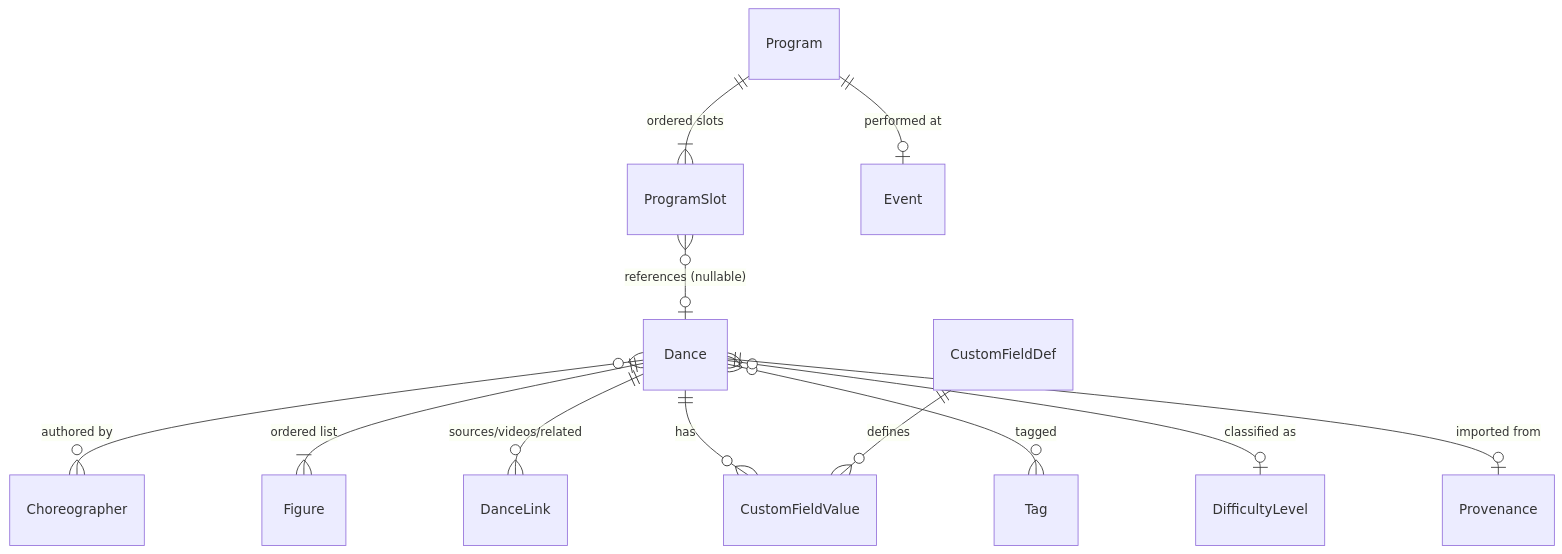
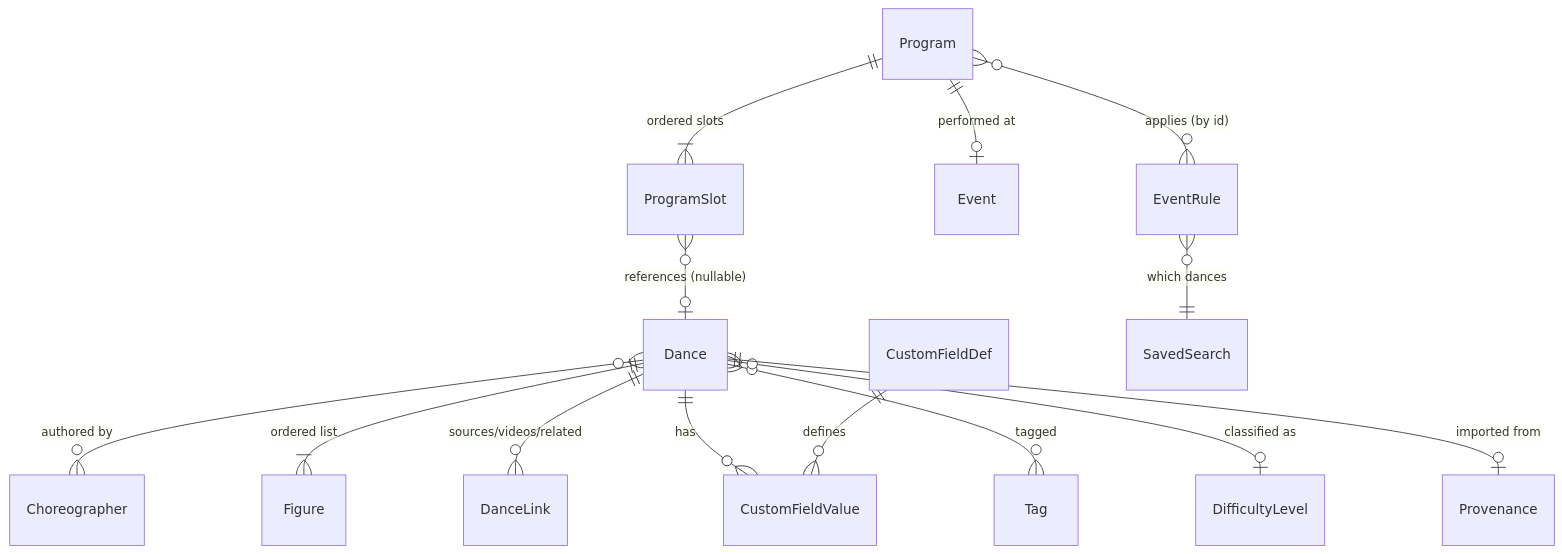
One commit to ibanner56/CallersCompendium changed the diagram in docs/design/domain-model.md. Above: the diagram before and after it, drawn with Mermaid. The commit also changed other lines of this file and 109 other files, not shown here.

First line of the commit message:
Let a caller set event rules for a program, and warn when it breaks one (#2340) (#2521)

````diff
--- a/docs/design/domain-model.md
+++ b/docs/design/domain-model.md
@@ -26,14 +26,16 @@
 ```mermaid
 erDiagram
     Dance }o--o{ Choreographer : "authored by"
     Dance ||--|{ Figure : "ordered list"
     Dance ||--o{ DanceLink : "sources/videos/related"
     Dance ||--o{ CustomFieldValue : has
     CustomFieldDef ||--o{ CustomFieldValue : defines
     Dance }o--o{ Tag : tagged
     Dance }o--o| DifficultyLevel : "classified as"
     Dance ||--o| Provenance : "imported from"
     Program ||--|{ ProgramSlot : "ordered slots"
     ProgramSlot }o--o| Dance : "references (nullable)"
     Program ||--o| Event : "performed at"
+    Program }o--o{ EventRule : "applies (by id)"
+    EventRule }o--|| SavedSearch : "which dances"
 ```
````
